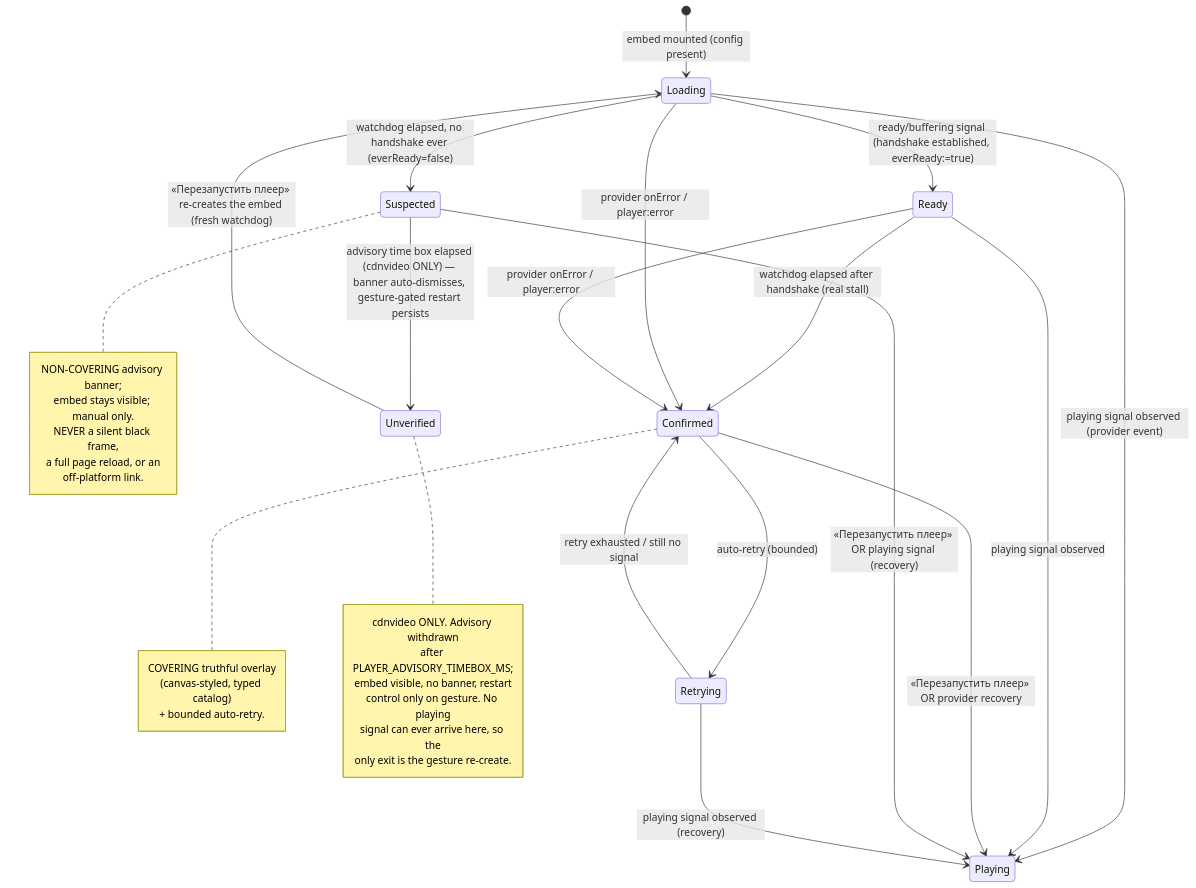
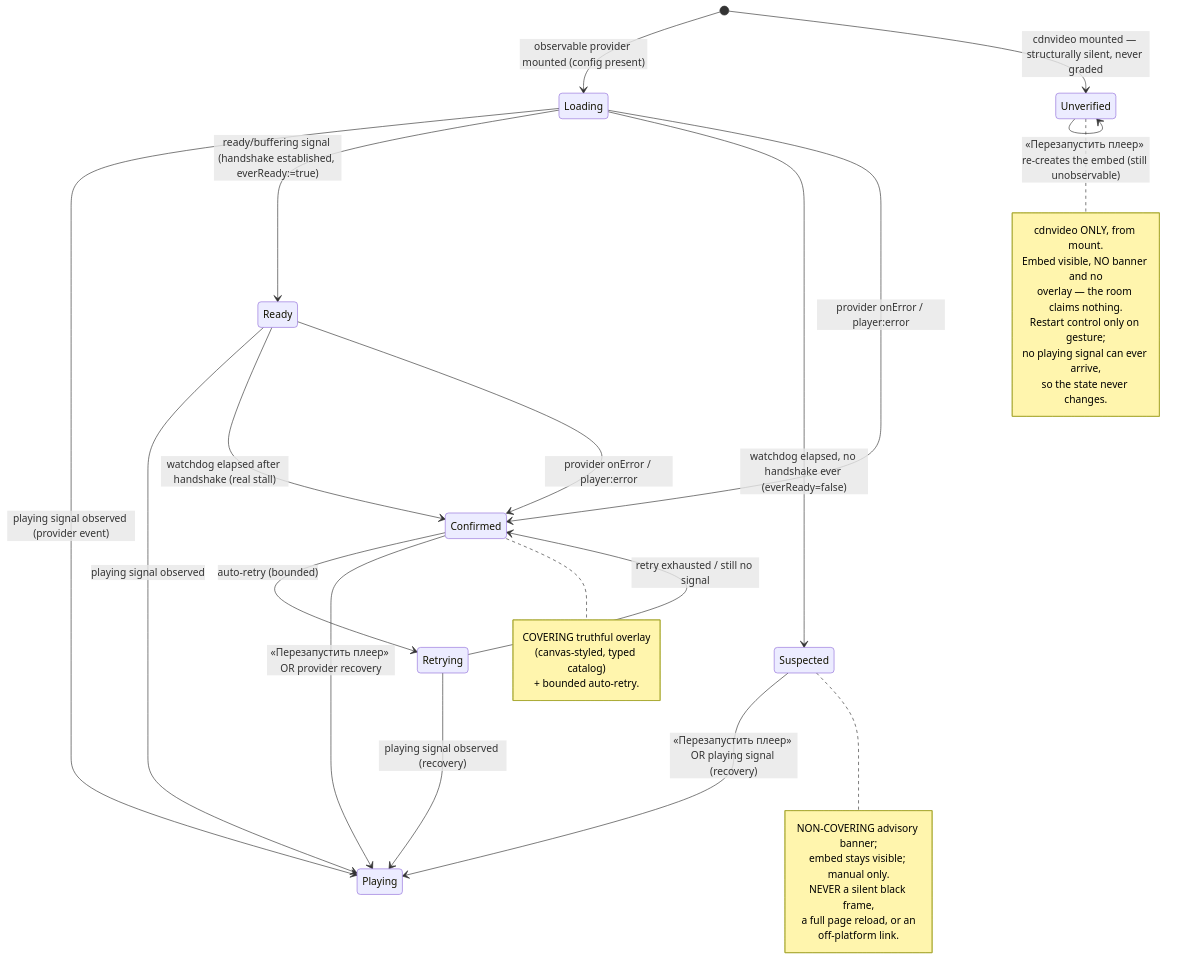
The fourth of 9 diagrams in apps/docs/content/specs/features/006-webinar-room/006-design.md (doctor-school/ds-platform), drawn with Mermaid before and after one commit. The commit also changed other lines of this file and 3 other files, not shown here.

First line of the commit message:
docs(1926): 006 EARS-18 — cdnvideo is never graded, it rests in unverified

````diff
--- a/apps/docs/content/specs/features/006-webinar-room/006-design.md
+++ b/apps/docs/content/specs/features/006-webinar-room/006-design.md
@@ -116,38 +118,38 @@
 ```mermaid
 stateDiagram-v2
-  [*] --> Loading: embed mounted (config present)
+  [*] --> Loading: observable provider mounted (config present)
+  [*] --> Unverified: cdnvideo mounted — structurally silent, never graded
   Loading --> Playing: playing signal observed (provider event)
   Loading --> Ready: ready/buffering signal (handshake established, everReady:=true)
   Ready --> Playing: playing signal observed
   Loading --> Suspected: watchdog elapsed, no handshake ever (everReady=false)
-  Suspected --> Unverified: advisory time box elapsed (cdnvideo ONLY) — banner auto-dismisses, gesture-gated restart persists
-  Unverified --> Loading: «Перезапустить плеер» re-creates the embed (fresh watchdog)
+  Unverified --> Unverified: «Перезапустить плеер» re-creates the embed (still unobservable)
   Ready --> Confirmed: watchdog elapsed after handshake (real stall)
   Loading --> Confirmed: provider onError / player:error
   Ready --> Confirmed: provider onError / player:error
   Confirmed --> Retrying: auto-retry (bounded)
   Confirmed --> Playing: «Перезапустить плеер» OR provider recovery
   Suspected --> Playing: «Перезапустить плеер» OR playing signal (recovery)
   Retrying --> Playing: playing signal observed (recovery)
   Retrying --> Confirmed: retry exhausted / still no signal
   note right of Confirmed
     COVERING truthful overlay
     (canvas-styled, typed catalog)
     + bounded auto-retry.
   end note
   note right of Unverified
-    cdnvideo ONLY. Advisory withdrawn
-    after PLAYER_ADVISORY_TIMEBOX_MS;
-    embed visible, no banner, restart
-    control only on gesture. No playing
-    signal can ever arrive here, so the
-    only exit is the gesture re-create.
+    cdnvideo ONLY, from mount.
+    Embed visible, NO banner and no
+    overlay — the room claims nothing.
+    Restart control only on gesture;
+    no playing signal can ever arrive,
+    so the state never changes.
   end note
   note right of Suspected
     NON-COVERING advisory banner;
     embed stays visible; manual only.
     NEVER a silent black frame,
     a full page reload, or an
     off-platform link.
   end note
 ```
````
